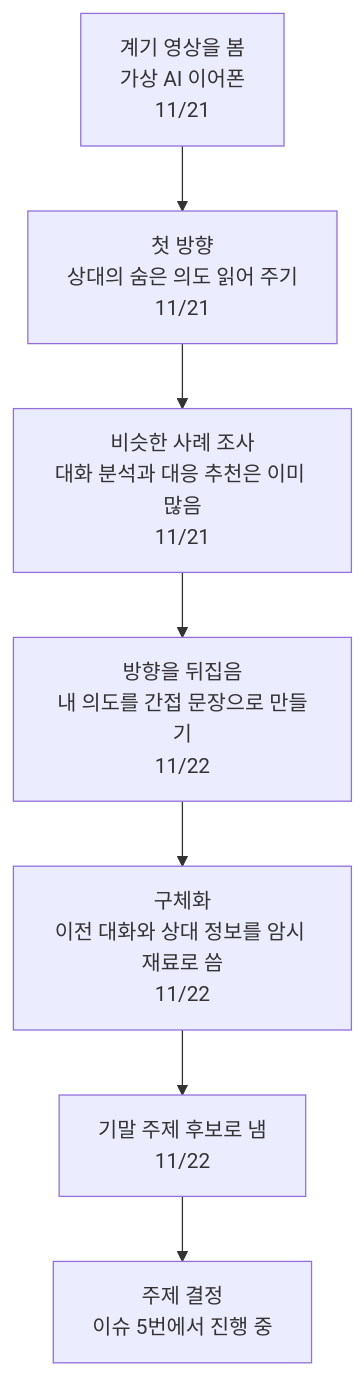
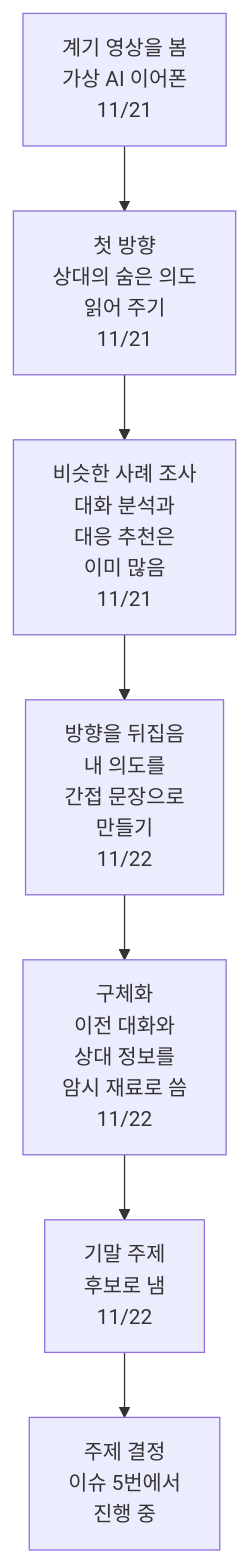
The diagram in docs/ideation/07_idea_indirect_speech.md (lumos0107/AI_Final_Project), drawn with Mermaid before and after one commit. The commit also changed 1 other file, not shown here.

Commit message:
docs: 아이디어 3, 4 문장과 흐름도 줄바꿈 다듬기 (#16)

````diff
--- a/docs/ideation/07_idea_indirect_speech.md
+++ b/docs/ideation/07_idea_indirect_speech.md
@@ -7,9 +7,9 @@
 ```mermaid
 flowchart TD
-    A["계기 영상을 봄<br>가상 AI 이어폰<br>11/21"] --> B["첫 방향<br>상대의 숨은 의도 읽어 주기<br>11/21"]
-    B --> C["비슷한 사례 조사<br>대화 분석과 대응 추천은 이미 많음<br>11/21"]
-    C --> D["방향을 뒤집음<br>내 의도를 간접 문장으로 만들기<br>11/22"]
-    D --> E["구체화<br>이전 대화와 상대 정보를 암시 재료로 씀<br>11/22"]
-    E --> F["기말 주제 후보로 냄<br>11/22"]
-    F --> G["주제 결정<br>이슈 5번에서 진행 중"]
+    A["계기 영상을 봄<br>가상 AI 이어폰<br>11/21"] --> B["첫 방향<br>상대의 숨은 의도<br>읽어 주기<br>11/21"]
+    B --> C["비슷한 사례 조사<br>대화 분석과<br>대응 추천은<br>이미 많음<br>11/21"]
+    C --> D["방향을 뒤집음<br>내 의도를<br>간접 문장으로<br>만들기<br>11/22"]
+    D --> E["구체화<br>이전 대화와<br>상대 정보를<br>암시 재료로 씀<br>11/22"]
+    E --> F["기말 주제<br>후보로 냄<br>11/22"]
+    F --> G["주제 결정<br>이슈 5번에서<br>진행 중"]
 ```
````
